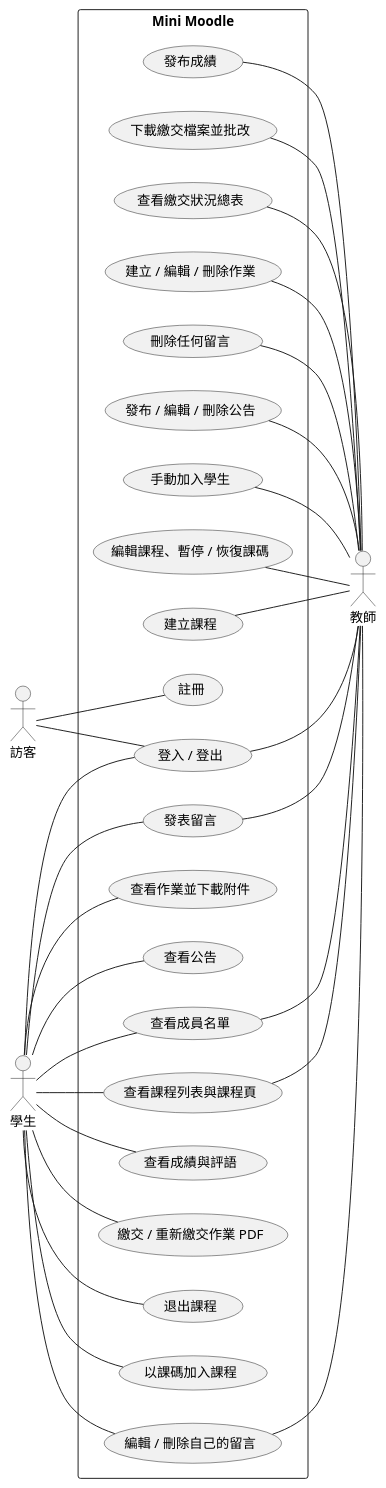
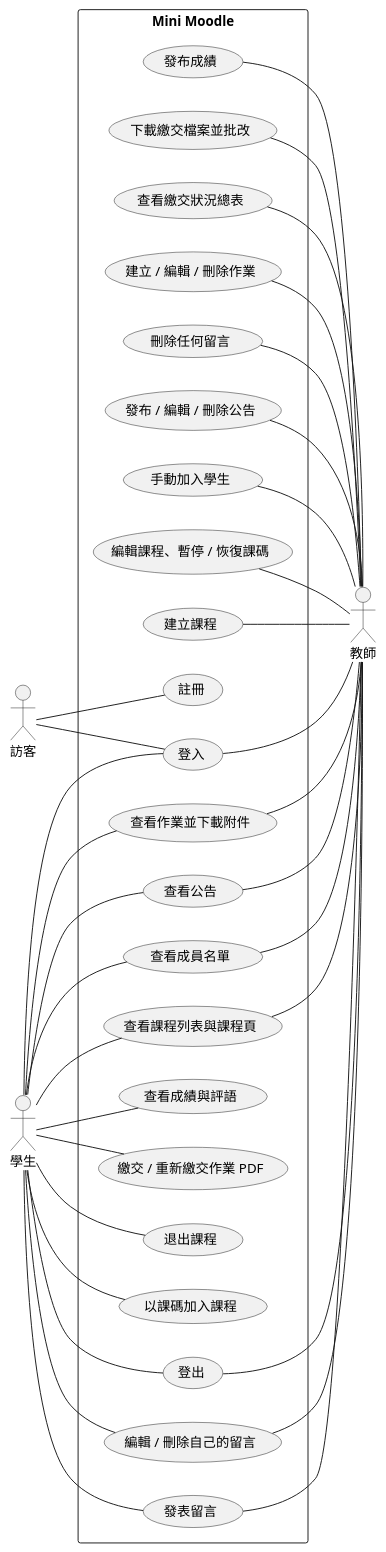
One commit to mini-moodle-team/mini-moodle-waterfall changed the diagram in uml/puml/use_case.puml. Above: the diagram before and after it, drawn with PlantUML.

Commit message:
Edited use_case.puml based on qa input

```diff
--- a/uml/puml/use_case.puml
+++ b/uml/puml/use_case.puml
@@ -1,88 +1,94 @@
 @startuml
 left to right direction
 skinparam shadowing false
 actor 訪客 as V
 actor 學生 as S
 actor 教師 as T
 
 rectangle "Mini Moodle" {
   usecase "註冊" as U1
-  usecase "登入 / 登出" as U2
+  usecase "登入" as U2
+  usecase "登出" as U3
 
   usecase "以課碼加入課程" as S1
   usecase "退出課程" as S2
   usecase "繳交 / 重新繳交作業 PDF" as S3
   usecase "查看成績與評語" as S4
 
   usecase "查看課程列表與課程頁" as C1
   usecase "查看成員名單" as C2
   usecase "查看公告" as C3
   usecase "查看作業並下載附件" as C4
   usecase "發表留言" as C5
   usecase "編輯 / 刪除自己的留言" as C6
 
   usecase "建立課程" as T1
   usecase "編輯課程、暫停 / 恢復課碼" as T2
   usecase "手動加入學生" as T3
   usecase "發布 / 編輯 / 刪除公告" as T4
   usecase "刪除任何留言" as T5
   usecase "建立 / 編輯 / 刪除作業" as T6
   usecase "查看繳交狀況總表" as T7
   usecase "下載繳交檔案並批改" as T8
   usecase "發布成績" as T9
 }
 
 U1 -[hidden]right- U2
-U2 -[hidden]right- S1
+U2 -[hidden]right- U3
+U3 -[hidden]right- S1
 S1 -[hidden]right- S2
 S2 -[hidden]right- S3
 S3 -[hidden]right- S4
 S4 -[hidden]right- C1
 C1 -[hidden]right- C2
 C2 -[hidden]right- C3
 C3 -[hidden]right- C4
 C4 -[hidden]right- C5
 C5 -[hidden]right- C6
 C6 -[hidden]right- T1
 T1 -[hidden]right- T2
 T2 -[hidden]right- T3
 T3 -[hidden]right- T4
 T4 -[hidden]right- T5
 T5 -[hidden]right- T6
 T6 -[hidden]right- T7
 T7 -[hidden]right- T8
 T8 -[hidden]right- T9
 
+' 訪客：只有註冊、登入
 V -- U1
 V -- U2
+
+' 學生
 S -- U2
-U2 -- T
-
+S -- U3
 S -- S1
 S -- S2
 S -- S3
 S -- S4
-
 S -- C1
 S -- C2
 S -- C3
 S -- C4
 S -- C5
 S -- C6
+
+' 教師
+U2 -- T
+U3 -- T
 C1 -- T
 C2 -- T
+C3 -- T
+C4 -- T
 C5 -- T
 C6 -- T
-C3 -[hidden]- T
-C4 -[hidden]- T
-
 T1 -- T
 T2 -- T
 T3 -- T
 T4 -- T
 T5 -- T
 T6 -- T
 T7 -- T
 T8 -- T
 T9 -- T
 @enduml
```
